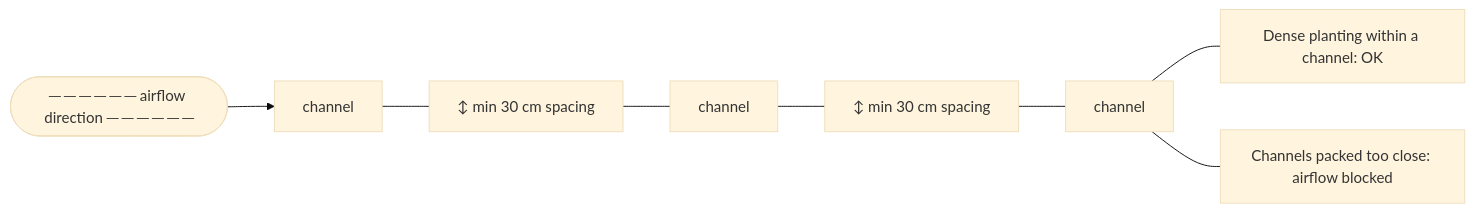
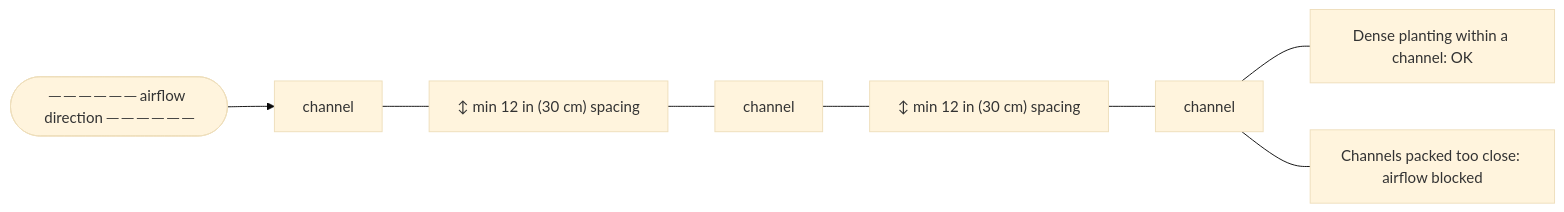
The eighth of 11 diagrams in guide/nft/10-climate-management.md (UncleJS/guide_hydroponics), drawn with Mermaid (base theme) before and after one commit. The commit also changed other lines of this file and 35 other files, not shown here.

````diff
--- a/guide/nft/10-climate-management.md
+++ b/guide/nft/10-climate-management.md
@@ -668,17 +697,17 @@
 ```mermaid
 flowchart LR
     wind(["─ ─ ─ ─ ─ ─ airflow direction ─ ─ ─ ─ ─ ─"])
     ch1["channel"]
-    sp1["↕ min 30 cm spacing"]
+    sp1["↕ min 12 in (30 cm) spacing"]
     ch2["channel"]
-    sp2["↕ min 30 cm spacing"]
+    sp2["↕ min 12 in (30 cm) spacing"]
     ch3["channel"]
     note1["Dense planting within a channel: OK"]
     note2["Channels packed too close: airflow blocked"]
 
     wind --> ch1
     ch1 --- sp1 --- ch2
     ch2 --- sp2 --- ch3
     ch3 --- note1
     ch3 --- note2
 ```
````
